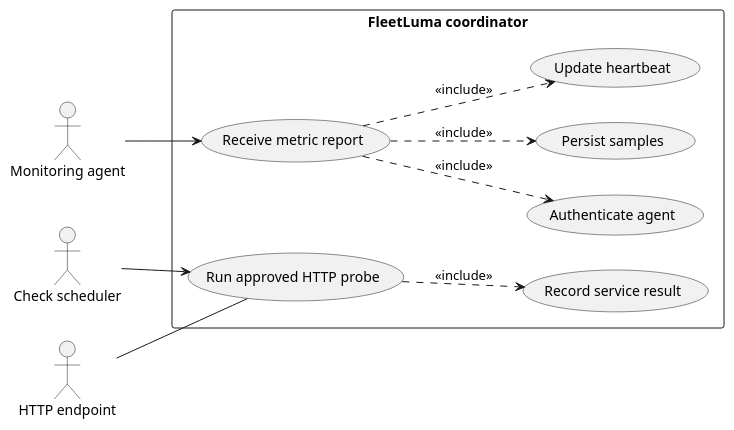
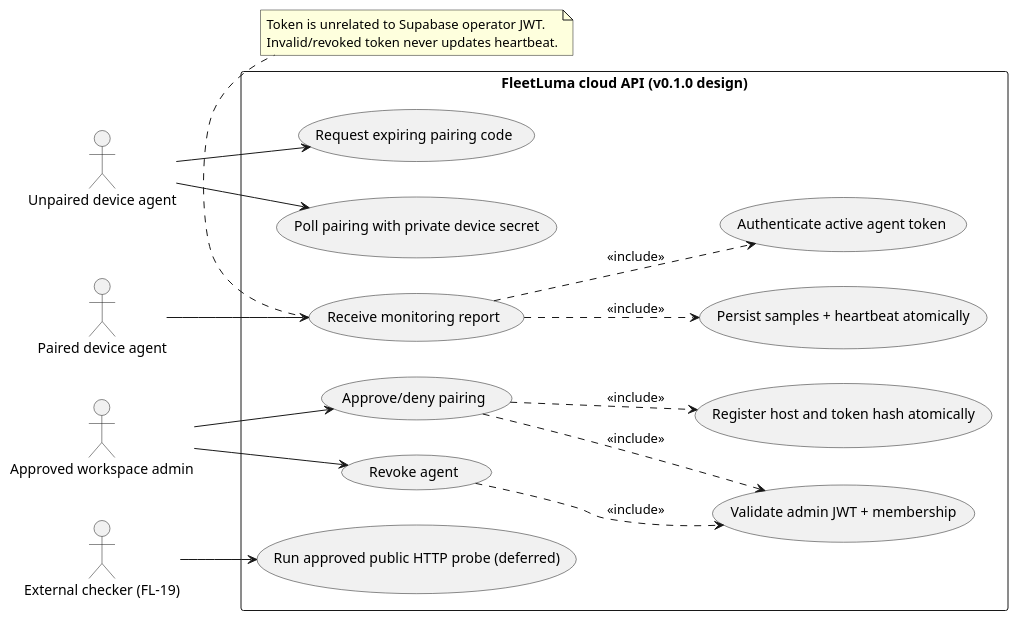
The diagram in docs/uml/plantuml/02_use_cases_automation.puml (Adam-BArbia/fleetluma), drawn with PlantUML before and after one commit.

Commit message:
docs(FL-31): synchronize 02_use_cases_automation.puml with cloud pairing model

```diff
--- a/docs/uml/plantuml/02_use_cases_automation.puml
+++ b/docs/uml/plantuml/02_use_cases_automation.puml
@@ -1,21 +1,34 @@
 @startuml 02_use_cases_automation
 left to right direction
-actor "Monitoring agent" as Agent
-actor "Check scheduler" as Scheduler
-actor "HTTP endpoint" as Endpoint
-rectangle "FleetLuma coordinator" {
- usecase "Authenticate agent" as Auth
- usecase "Receive metric report" as Ingest
- usecase "Persist samples" as Store
- usecase "Update heartbeat" as Heart
- usecase "Run approved HTTP probe" as Probe
- usecase "Record service result" as Result
+actor "Unpaired device agent" as Unpaired
+actor "Paired device agent" as Agent
+actor "Approved workspace admin" as Admin
+actor "External checker (FL-19)" as Scheduler
+rectangle "FleetLuma cloud API (v0.1.0 design)" {
+ usecase "Request expiring pairing code" as Request
+ usecase "Poll pairing with private device secret" as Poll
+ usecase "Validate admin JWT + membership" as AdminAuth
+ usecase "Approve/deny pairing" as Decide
+ usecase "Register host and token hash atomically" as Register
+ usecase "Authenticate active agent token" as Authenticate
+ usecase "Receive monitoring report" as Ingest
+ usecase "Persist samples + heartbeat atomically" as Persist
+ usecase "Revoke agent" as Revoke
+ usecase "Run approved public HTTP probe (deferred)" as Probe
 }
+Unpaired --> Request
+Unpaired --> Poll
+Admin --> Decide
+Admin --> Revoke
+Decide ..> AdminAuth : <<include>>
+Decide ..> Register : <<include>>
+Revoke ..> AdminAuth : <<include>>
 Agent --> Ingest
-Ingest ..> Auth : <<include>>
-Ingest ..> Store : <<include>>
-Ingest ..> Heart : <<include>>
+Ingest ..> Authenticate : <<include>>
+Ingest ..> Persist : <<include>>
 Scheduler --> Probe
-Endpoint -- Probe
-Probe ..> Result : <<include>>
+note bottom of Ingest
+ Token is unrelated to Supabase operator JWT.
+ Invalid/revoked token never updates heartbeat.
+end note
 @enduml
```
